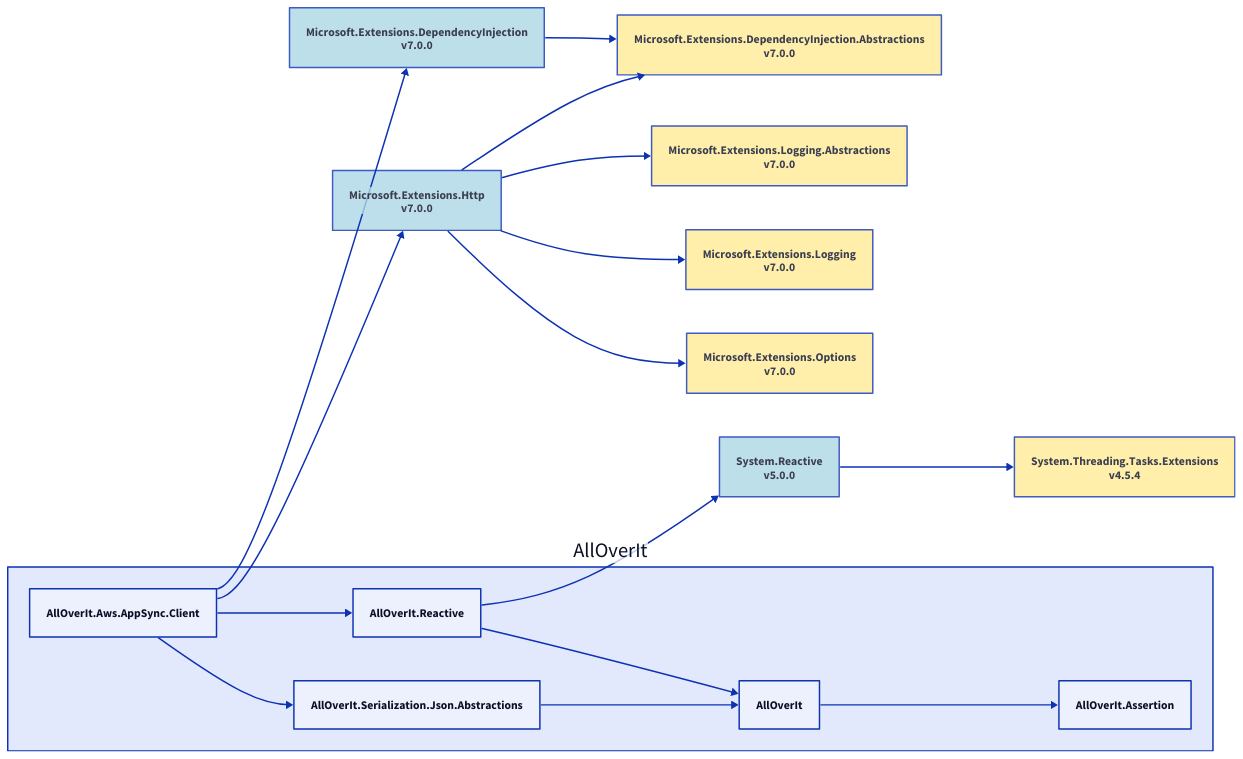
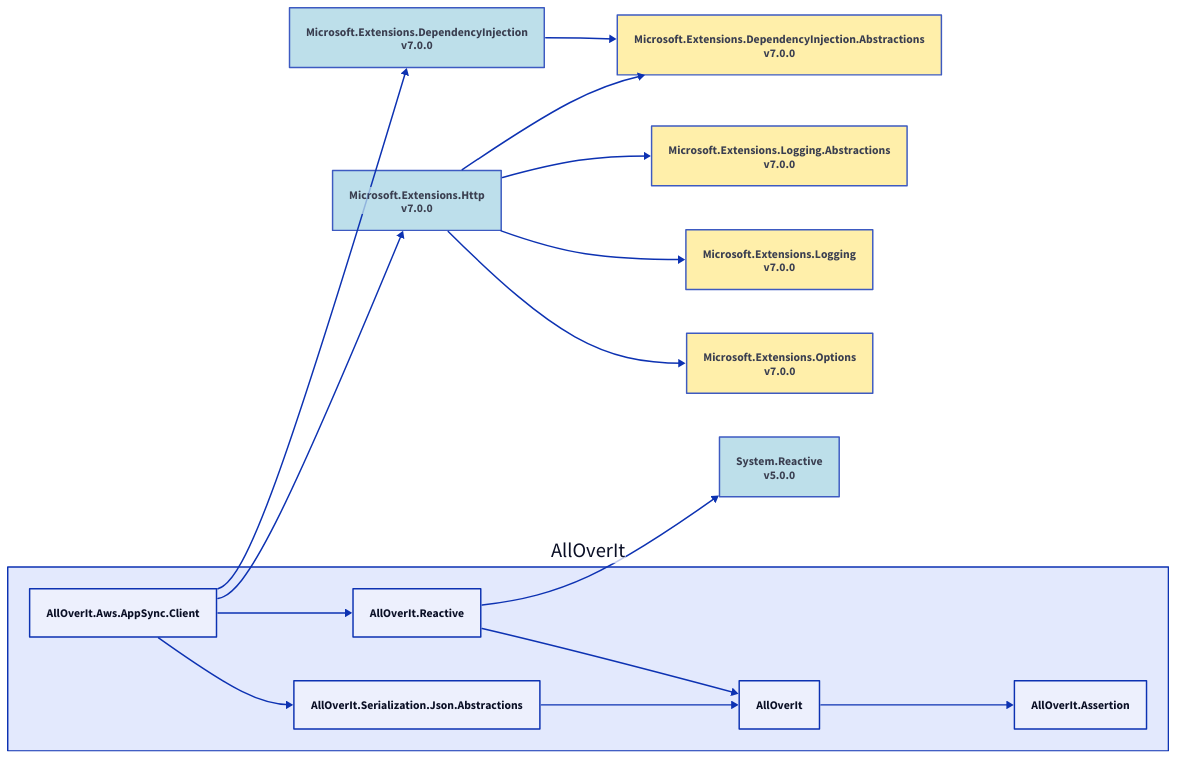
The diagram in Docs/Dependencies/alloverit-aws-appsync-client.d2 (nickathone/AllOverIt), drawn with D2 before and after one commit. The commit also changed 30 other files, not shown here.

Commit message:
Dependency diagram updates

```diff
--- a/Docs/Dependencies/alloverit-aws-appsync-client.d2
+++ b/Docs/Dependencies/alloverit-aws-appsync-client.d2
@@ -1,46 +1,42 @@
 direction: right
 
 aoi: AllOverIt
 aoi.alloverit-aws-appsync-client: AllOverIt.Aws.AppSync.Client
 microsoft-extensions-dependencyinjection_7-0-0: Microsoft.Extensions.DependencyInjection\nv7.0.0
 microsoft-extensions-dependencyinjection_7-0-0.style.fill: "#ADD8E6"
 microsoft-extensions-dependencyinjection_7-0-0.style.opacity: 0.8
 microsoft-extensions-dependencyinjection-abstractions_7-0-0: Microsoft.Extensions.DependencyInjection.Abstractions\nv7.0.0
 microsoft-extensions-dependencyinjection-abstractions_7-0-0.style.fill: "#FFEC96"
 microsoft-extensions-dependencyinjection-abstractions_7-0-0.style.opacity: 0.8
 microsoft-extensions-dependencyinjection-abstractions_7-0-0 <- microsoft-extensions-dependencyinjection_7-0-0
 microsoft-extensions-dependencyinjection_7-0-0 <- aoi.alloverit-aws-appsync-client
 microsoft-extensions-http_7-0-0: Microsoft.Extensions.Http\nv7.0.0
 microsoft-extensions-http_7-0-0.style.fill: "#ADD8E6"
 microsoft-extensions-http_7-0-0.style.opacity: 0.8
 microsoft-extensions-dependencyinjection-abstractions_7-0-0 <- microsoft-extensions-http_7-0-0
 microsoft-extensions-logging-abstractions_7-0-0: Microsoft.Extensions.Logging.Abstractions\nv7.0.0
 microsoft-extensions-logging-abstractions_7-0-0.style.fill: "#FFEC96"
 microsoft-extensions-logging-abstractions_7-0-0.style.opacity: 0.8
 microsoft-extensions-logging-abstractions_7-0-0 <- microsoft-extensions-http_7-0-0
 microsoft-extensions-logging_7-0-0: Microsoft.Extensions.Logging\nv7.0.0
 microsoft-extensions-logging_7-0-0.style.fill: "#FFEC96"
 microsoft-extensions-logging_7-0-0.style.opacity: 0.8
 microsoft-extensions-logging_7-0-0 <- microsoft-extensions-http_7-0-0
 microsoft-extensions-options_7-0-0: Microsoft.Extensions.Options\nv7.0.0
 microsoft-extensions-options_7-0-0.style.fill: "#FFEC96"
 microsoft-extensions-options_7-0-0.style.opacity: 0.8
 microsoft-extensions-options_7-0-0 <- microsoft-extensions-http_7-0-0
 microsoft-extensions-http_7-0-0 <- aoi.alloverit-aws-appsync-client
 aoi.alloverit-reactive: AllOverIt.Reactive
 system-reactive_5-0-0: System.Reactive\nv5.0.0
 system-reactive_5-0-0.style.fill: "#ADD8E6"
 system-reactive_5-0-0.style.opacity: 0.8
-system-threading-tasks-extensions_4-5-4: System.Threading.Tasks.Extensions\nv4.5.4
-system-threading-tasks-extensions_4-5-4.style.fill: "#FFEC96"
-system-threading-tasks-extensions_4-5-4.style.opacity: 0.8
-system-threading-tasks-extensions_4-5-4 <- system-reactive_5-0-0
 system-reactive_5-0-0 <- aoi.alloverit-reactive
 aoi.alloverit: AllOverIt
 aoi.alloverit-assertion: AllOverIt.Assertion
 aoi.alloverit-assertion <- aoi.alloverit
 aoi.alloverit <- aoi.alloverit-reactive
 aoi.alloverit-reactive <- aoi.alloverit-aws-appsync-client
 aoi.alloverit-serialization-json-abstractions: AllOverIt.Serialization.Json.Abstractions
 aoi.alloverit <- aoi.alloverit-serialization-json-abstractions
 aoi.alloverit-serialization-json-abstractions <- aoi.alloverit-aws-appsync-client
```
